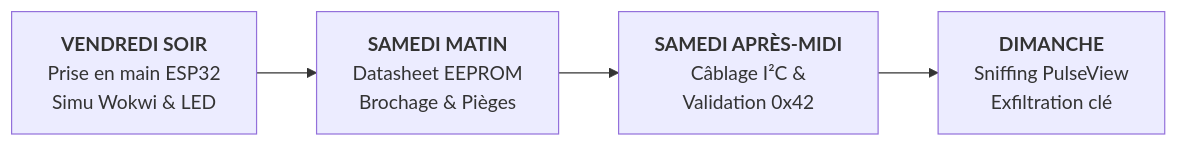
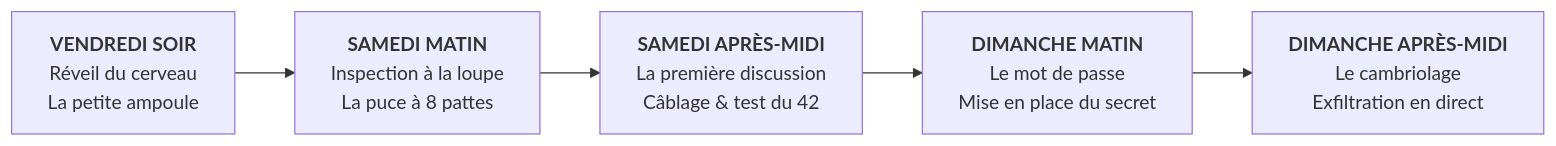
Before and after one commit to piaw-cavarec/piaw-cavarec.github.io: the second of 2 diagrams in src/content/projects/lab-analyse-protocoles-eeprom.md, drawn with Mermaid. The commit also changed other lines of this file, not shown here.

Commit message:
docs(projects): vulgarisation de la page lab analyse protocoles eeprom & microcontroleur

````diff
--- a/src/content/projects/lab-analyse-protocoles-eeprom.md
+++ b/src/content/projects/lab-analyse-protocoles-eeprom.md
@@ -100,9 +66,10 @@
 ```mermaid
 flowchart LR
-    V["<b>VENDREDI SOIR</b><br/>Prise en main ESP32<br/>Simu Wokwi & LED"]
-    SM["<b>SAMEDI MATIN</b><br/>Datasheet EEPROM<br/>Brochage & Pièges"]
-    SA["<b>SAMEDI APRÈS-MIDI</b><br/>Câblage I²C &<br/>Validation 0x42"]
-    D["<b>DIMANCHE</b><br/>Sniffing PulseView<br/>Exfiltration clé"]
+    V["<b>VENDREDI SOIR</b><br/>Réveil du cerveau<br/>La petite ampoule"]
+    SM["<b>SAMEDI MATIN</b><br/>Inspection à la loupe<br/>La puce à 8 pattes"]
+    SA["<b>SAMEDI APRÈS-MIDI</b><br/>La première discussion<br/>Câblage & test du 42"]
+    DM["<b>DIMANCHE MATIN</b><br/>Le mot de passe<br/>Mise en place du secret"]
+    DA["<b>DIMANCHE APRÈS-MIDI</b><br/>Le cambriolage<br/>Exfiltration en direct"]
 
-    V --> SM --> SA --> D
+    V --> SM --> SA --> DM --> DA
 ```
````
